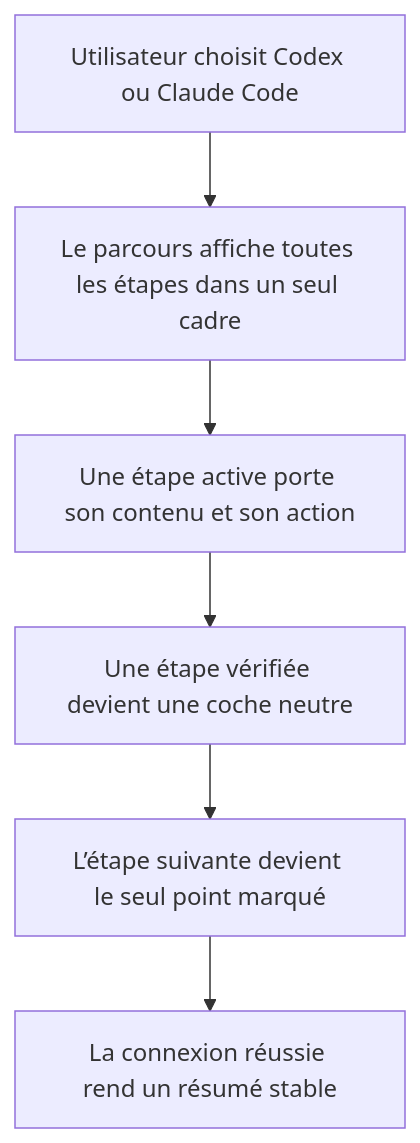
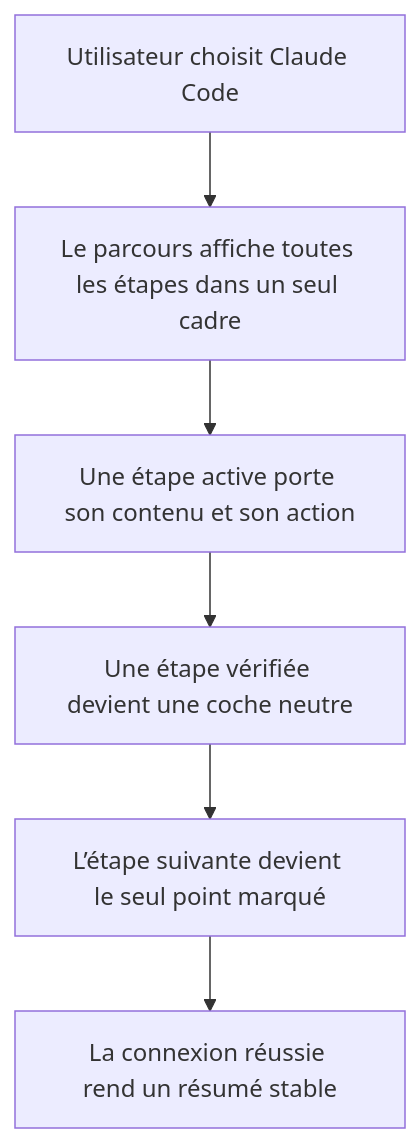
Before and after one commit to neogenz/screenforge: the first of 2 diagrams in aidd_docs/tasks/2026_08/2026_08_16_mcp-agent-connection-ux/phase-2.md, drawn with Mermaid. The commit also changed other lines of this file and 3 other files, not shown here.

Commit message:
test(ai): align narrow flow with Claude Code

````diff
--- a/aidd_docs/tasks/2026_08/2026_08_16_mcp-agent-connection-ux/phase-2.md
+++ b/aidd_docs/tasks/2026_08/2026_08_16_mcp-agent-connection-ux/phase-2.md
@@ -21,8 +21,8 @@
 ```mermaid
 flowchart TD
-  A["Utilisateur choisit Codex ou Claude Code"] --> B["Le parcours affiche toutes les étapes dans un seul cadre"]
+  A["Utilisateur choisit Claude Code"] --> B["Le parcours affiche toutes les étapes dans un seul cadre"]
   B --> C["Une étape active porte son contenu et son action"]
   C --> D["Une étape vérifiée devient une coche neutre"]
   D --> E["L’étape suivante devient le seul point marqué"]
   E --> F["La connexion réussie rend un résumé stable"]
 ```
````
